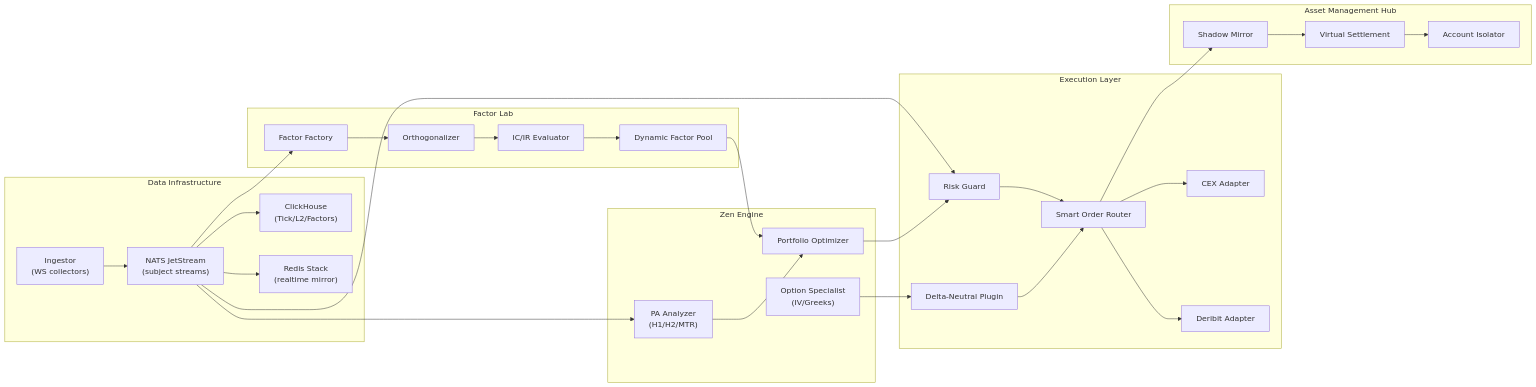
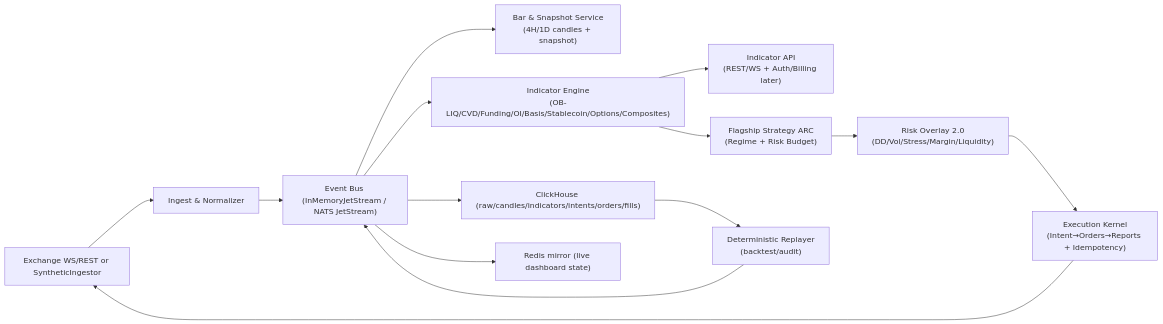
The diagram in README.md (infdahai/zenQuant), drawn with Mermaid before and after one commit. The commit also changed other lines of this file and 47 other files, not shown here.

Commit message:
feat(phase1): rewrite to indicator-first deterministic kernel

````diff
--- a/README.md
+++ b/README.md
@@ -46,53 +107,21 @@
 ```mermaid
 flowchart LR
-    subgraph DI["Data Infrastructure"]
-      ING["Ingestor\n(WS collectors)"]
-      BUS["NATS JetStream\n(subject streams)"]
-      CH["ClickHouse\n(Tick/L2/Factors)"]
-      REDIS["Redis Stack\n(realtime mirror)"]
-    end
+    EX["Exchange WS/REST or SyntheticIngestor"] --> ING["Ingest & Normalizer"]
+    ING --> BUS["Event Bus (InMemoryJetStream / NATS JetStream)"]
 
-    subgraph FL["Factor Lab"]
-      FF["Factor Factory"]
-      ORTHO["Orthogonalizer"]
-      ICIR["IC/IR Evaluator"]
-      FPOOL["Dynamic Factor Pool"]
-    end
+    BUS --> BAR["Bar & Snapshot Service\n(4H/1D candles + snapshot)"]
+    BUS --> IND["Indicator Engine\n(OB-LIQ/CVD/Funding/OI/Basis/Stablecoin/Options/Composites)"]
 
-    subgraph ZE["Zen Engine"]
-      PA["PA Analyzer\n(H1/H2/MTR)"]
-      PORT["Portfolio Optimizer"]
-      OPT["Option Specialist\n(IV/Greeks)"]
-    end
+    IND --> API["Indicator API\n(REST/WS + Auth/Billing later)"]
+    IND --> STR["Flagship Strategy ARC\n(Regime + Risk Budget)"]
+    STR --> ROV["Risk Overlay 2.0\n(DD/Vol/Stress/Margin/Liquidity)"]
 
-    subgraph EX["Execution Layer"]
-      RG["Risk Guard"]
-      SOR["Smart Order Router"]
-      HEDGE["Delta-Neutral Plugin"]
-      CEX["CEX Adapter"]
-      DERI["Deribit Adapter"]
-    end
+    ROV --> EXE["Execution Kernel\n(Intent→Orders→Reports + Idempotency)"]
+    EXE --> EX
 
-    subgraph AM["Asset Management Hub"]
-      MIRROR["Shadow Mirror"]
-      VSETTLE["Virtual Settlement"]
-      ISOLATE["Account Isolator"]
-    end
+    BUS --> CH["ClickHouse (raw/candles/indicators/intents/orders/fills)"]
+    BUS --> REDIS["Redis mirror (live dashboard state)"]
 
-    ING --> BUS
-    BUS --> FF
-    BUS --> PA
-    BUS --> RG
-    BUS --> CH
-    BUS --> REDIS
-
-    FF --> ORTHO --> ICIR --> FPOOL --> PORT
-    PA --> PORT
-    PORT --> RG --> SOR
-    OPT --> HEDGE --> SOR
-
-    SOR --> CEX
-    SOR --> DERI
-
-    SOR --> MIRROR --> VSETTLE --> ISOLATE
+    CH --> REPLAY["Deterministic Replayer\n(backtest/audit)"]
+    REPLAY --> BUS
 ```
````
